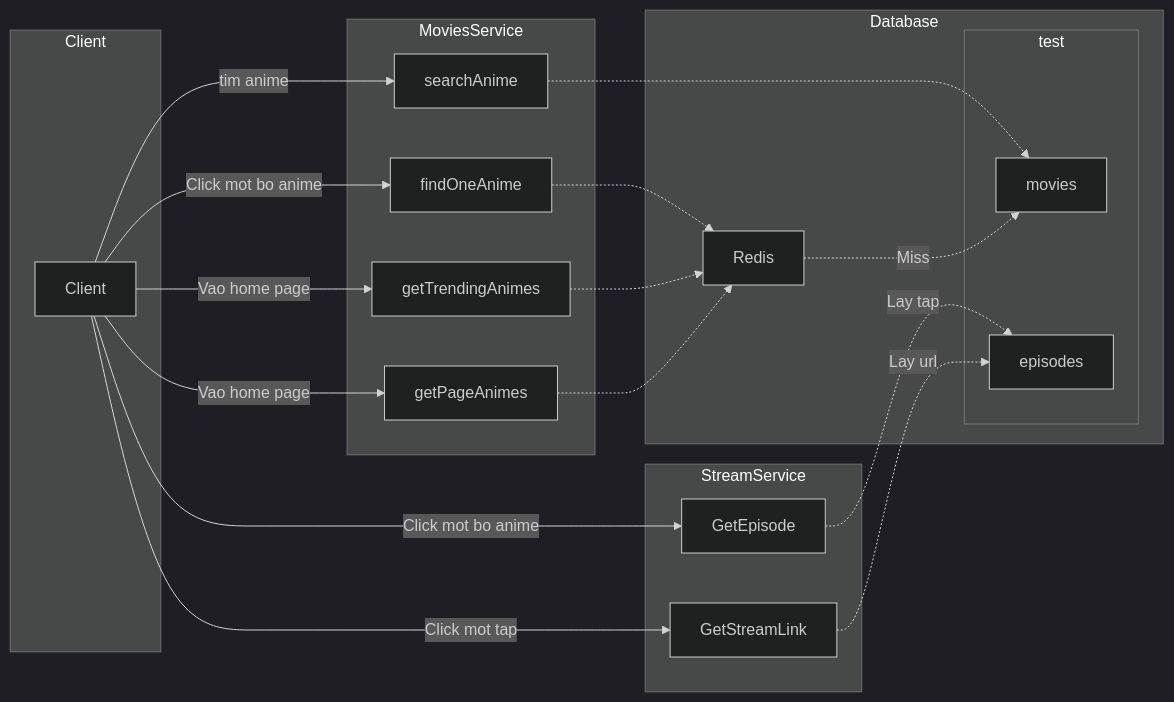
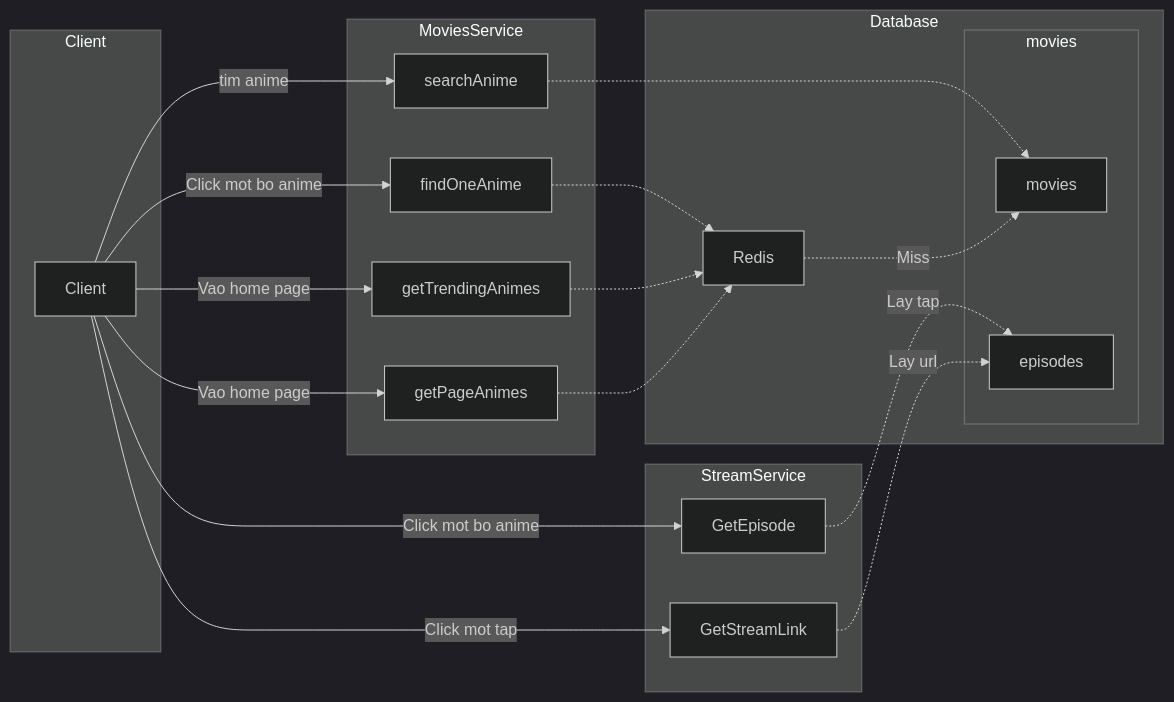
The diagram in README.md (BOIPRO/BeMovie), drawn with Mermaid (dark theme) before and after one commit. The commit also changed 12 other files, not shown here.

````diff
--- a/README.md
+++ b/README.md
@@ -1,34 +1,34 @@
 ```mermaid
     graph LR
     subgraph Database
-    subgraph test
+    subgraph movies
     F[movies]
     K[episodes]
     end
     G[Redis]
     end
     subgraph MoviesService
     B[getTrendingAnimes]
     C[findOneAnime]
     D[getPageAnimes]
     E[searchAnime]
     end
     subgraph StreamService
     H[GetEpisode]
     J[GetStreamLink]
     end
     subgraph Client
     A[Client]
     end
     A-->|Vao home page| B & D
     A-->|tim anime| E
     A-->|Click mot bo anime| C & H
     A-->|Click mot tap| J
     C-.->G
     E-.->F
     B-.->G
     G-.->|Miss| F
     D-.->G
     H-.->|Lay tap|K
     J-.->|Lay url|K
 ```
````
